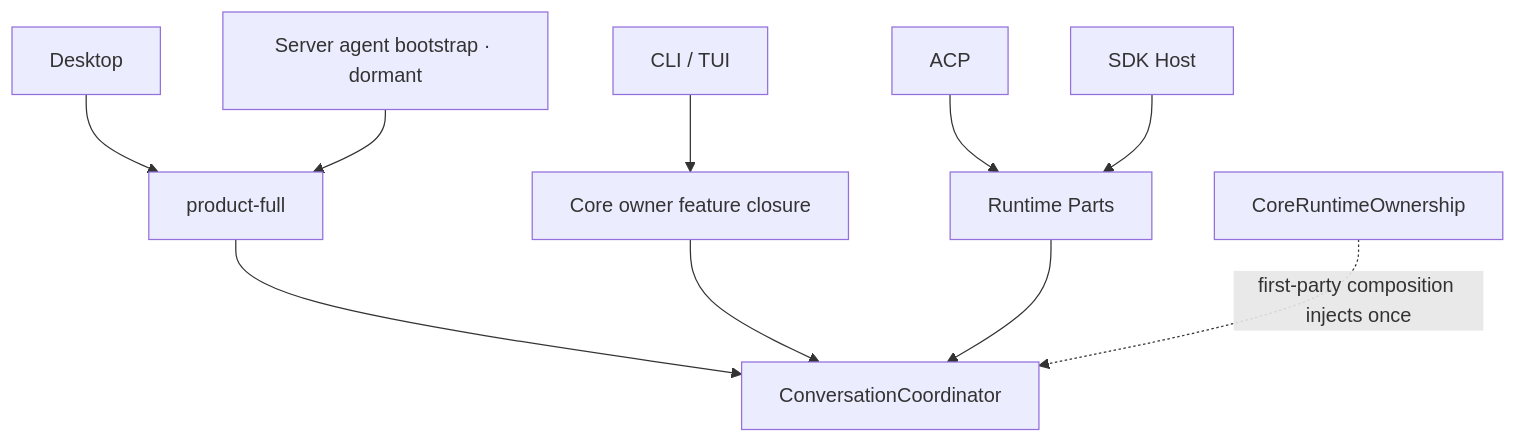
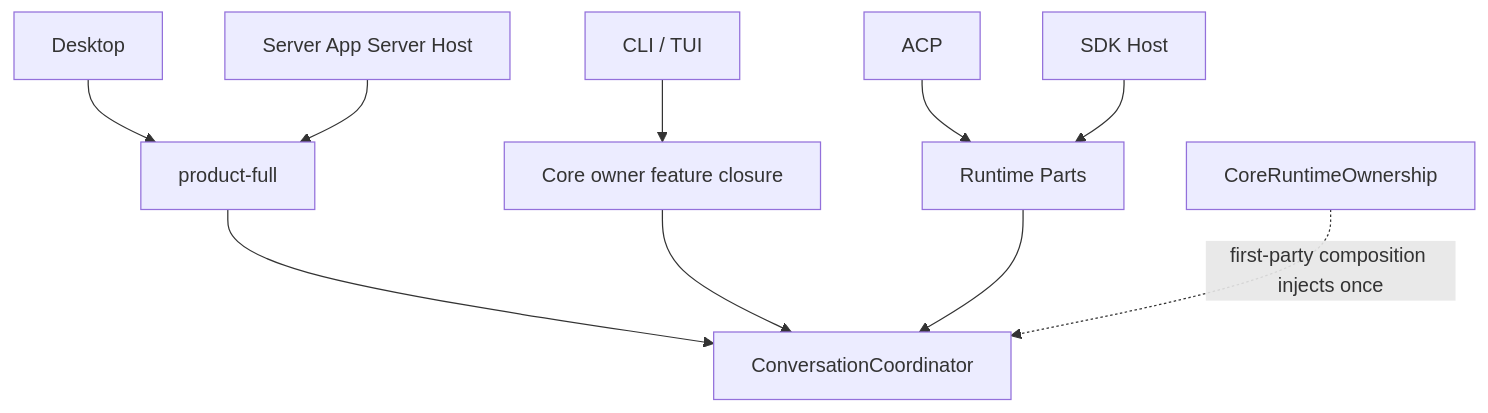
Before and after one commit to 1688mengdie/BitFun: diagram 13 of 15 in docs/architecture/product-architecture.md, drawn with Mermaid. The commit also changed other lines of this file and 87 other files, not shown here.

Commit message:
feat(cli): add app server to cli

````diff
--- a/docs/architecture/product-architecture.md
+++ b/docs/architecture/product-architecture.md
@@ -724,13 +782,13 @@
 ```mermaid
 flowchart TB
   Desktop["Desktop"] --> Full["product-full"]
   CLI["CLI / TUI"] --> CliClosure["Core owner feature closure"]
   ACP["ACP"] --> Parts["Runtime Parts"]
   SDKHost["SDK Host"] --> Parts
-  ServerBootstrap["Server agent bootstrap · dormant"] --> Full
+  ServerBootstrap["Server App Server Host"] --> Full
 
   Full --> Coordinator["ConversationCoordinator"]
   CliClosure --> Coordinator
   Parts --> Coordinator
   Ownership["CoreRuntimeOwnership"] -. "first-party composition injects once" .-> Coordinator
 ```
````
